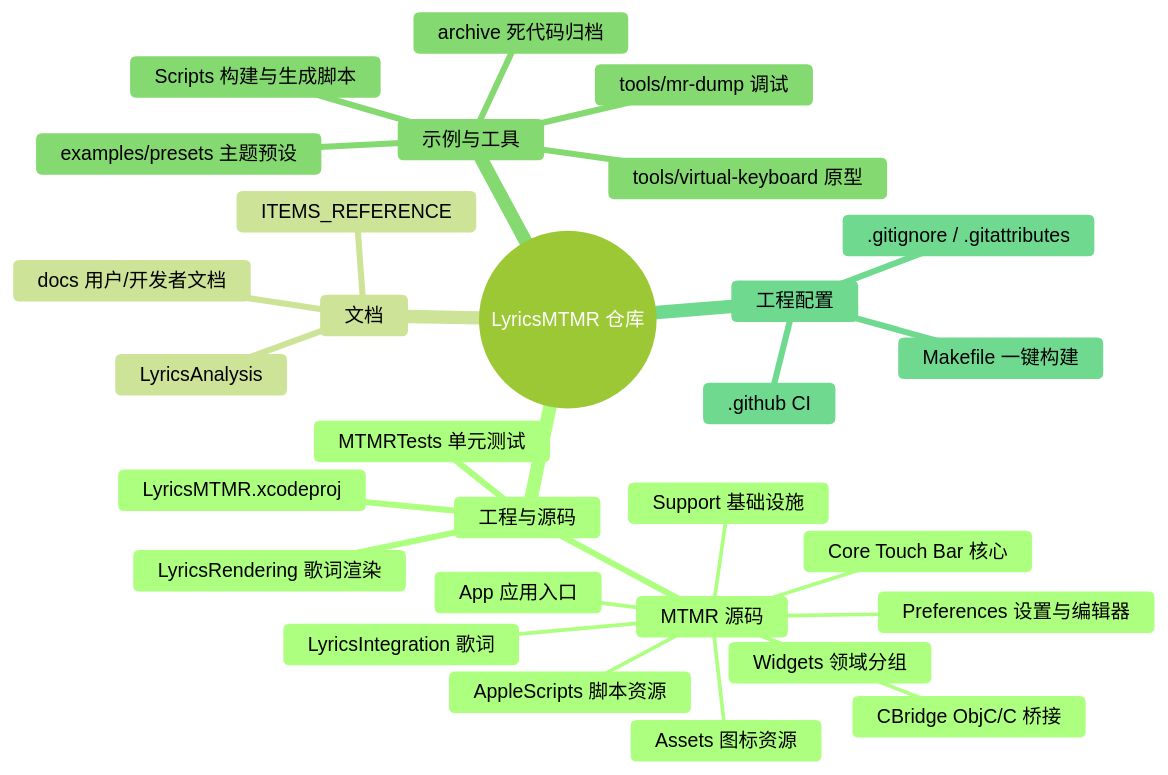
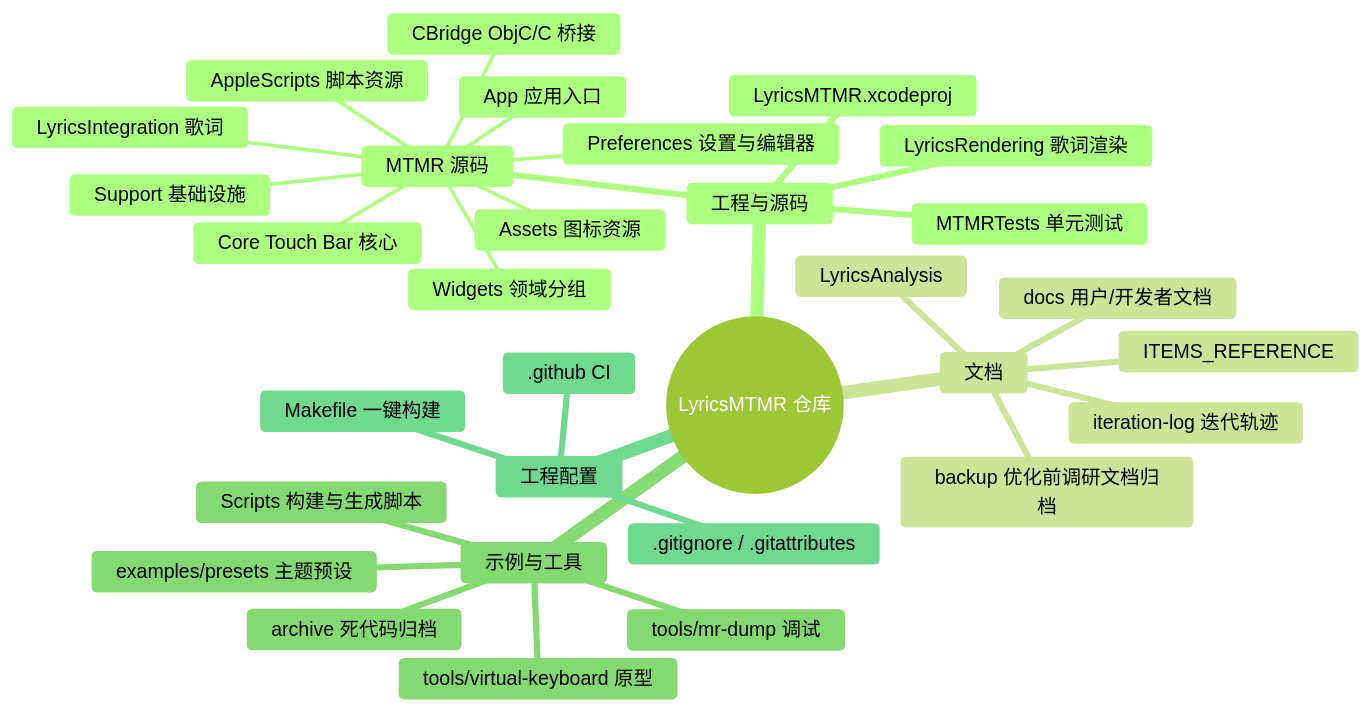
One commit to Tangzishun-Li/LyricsMTMR changed the first of 2 diagrams in LyricsMTMR/docs/file-structure.zh.md. Above: the diagram before and after it, drawn with Mermaid (forest theme). The commit also changed other lines of this file and 2 other files, not shown here.

````diff
--- a/LyricsMTMR/docs/file-structure.zh.md
+++ b/LyricsMTMR/docs/file-structure.zh.md
@@ -10,32 +10,34 @@
 ```mermaid
 mindmap
   root((LyricsMTMR 仓库))
     工程与源码
       LyricsMTMR.xcodeproj
       MTMR 源码
         App 应用入口
         Core Touch Bar 核心
         Support 基础设施
         Widgets 领域分组
         Preferences 设置与编辑器
         LyricsIntegration 歌词
         CBridge ObjC/C 桥接
         AppleScripts 脚本资源
         Assets 图标资源
       LyricsRendering 歌词渲染
       MTMRTests 单元测试
     文档
       docs 用户/开发者文档
       ITEMS_REFERENCE
       LyricsAnalysis
+      backup 优化前调研文档归档
+      iteration-log 迭代轨迹
     示例与工具
       examples/presets 主题预设
       tools/mr-dump 调试
       tools/virtual-keyboard 原型
       Scripts 构建与生成脚本
       archive 死代码归档
     工程配置
       .github CI
       .gitignore / .gitattributes
       Makefile 一键构建
 ```
````
